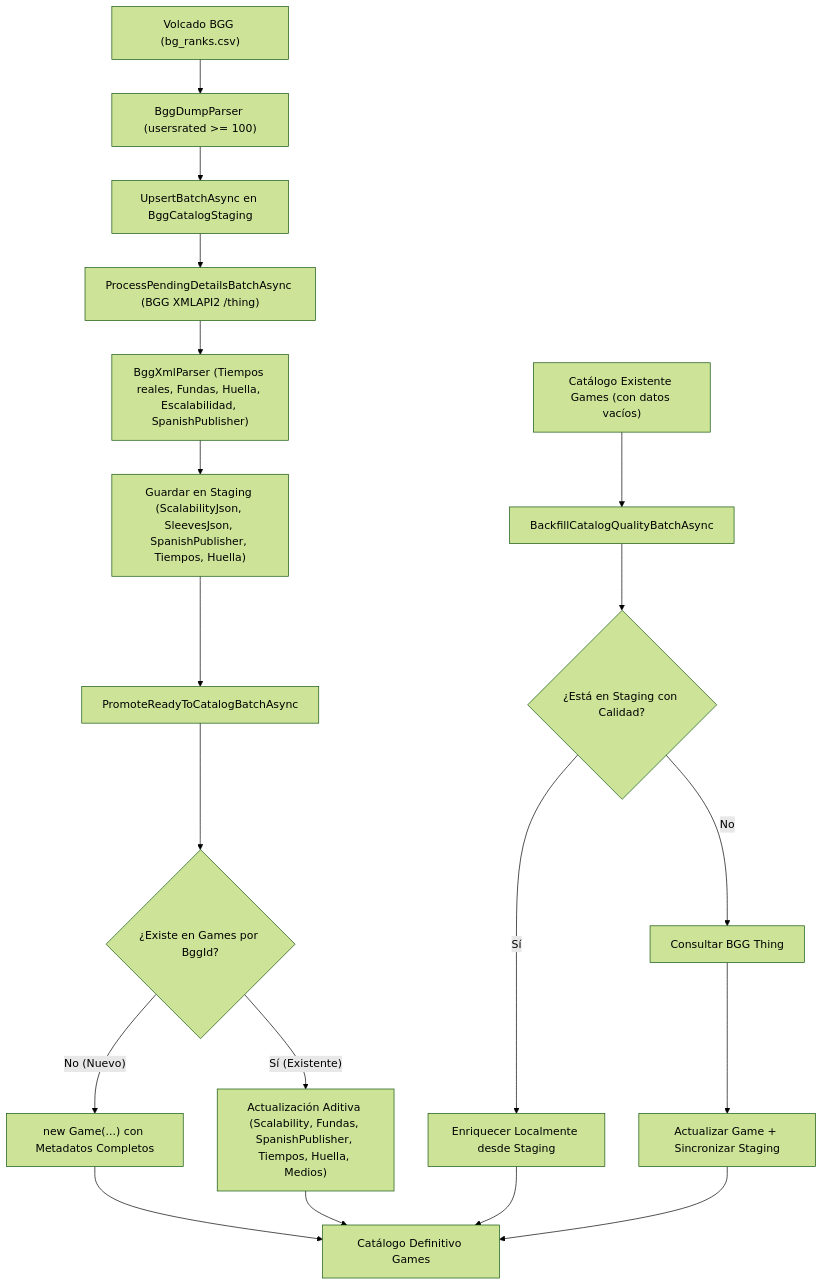
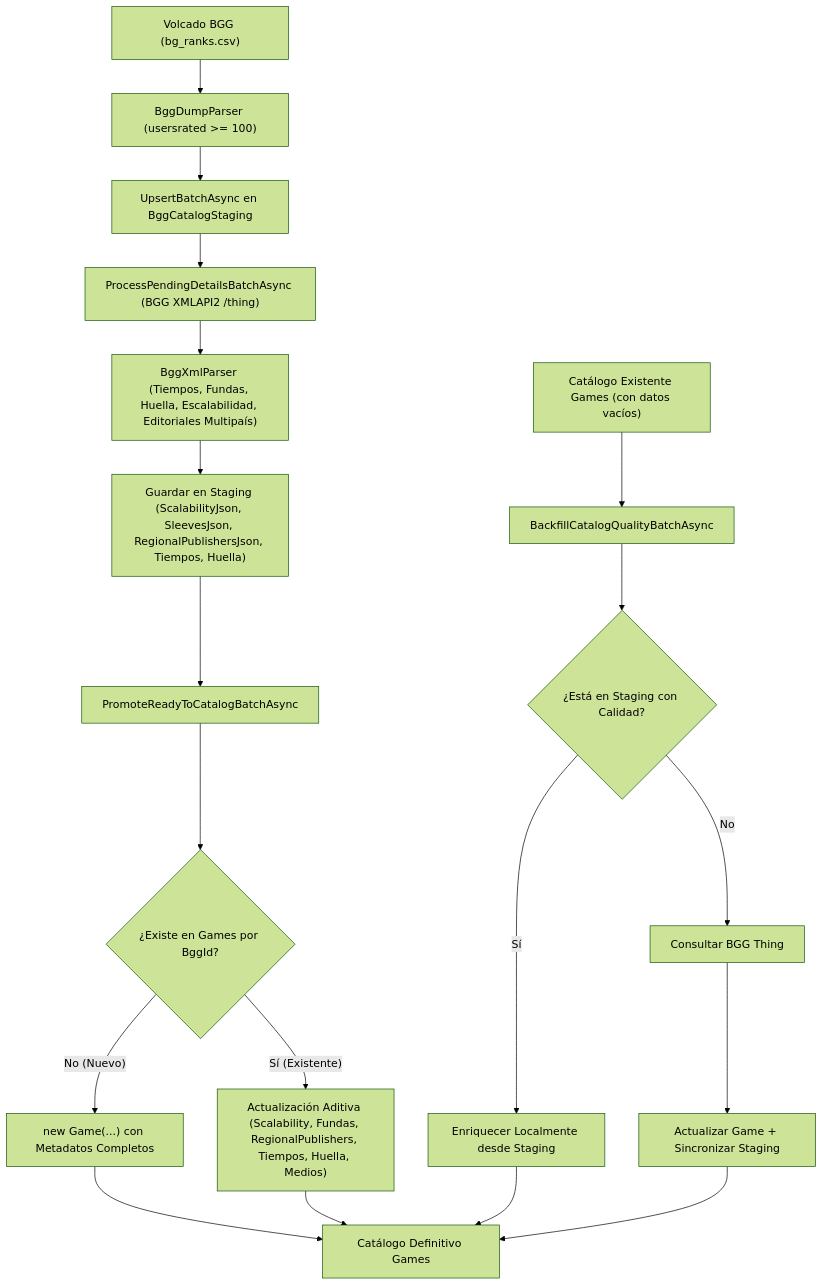
Before and after one commit to IGutierrezZ/ludeka: the diagram in openspec/changes/change-73-ingesta-enriquecimiento-catalogo/design.md, drawn with Mermaid (forest theme). The commit also changed other lines of this file and 4 other files, not shown here.

````diff
--- a/openspec/changes/change-73-ingesta-enriquecimiento-catalogo/design.md
+++ b/openspec/changes/change-73-ingesta-enriquecimiento-catalogo/design.md
@@ -73,24 +73,24 @@
 ```mermaid
 flowchart TD
     A["Volcado BGG (bg_ranks.csv)"] --> B["BggDumpParser (usersrated >= 100)"]
     B --> C["UpsertBatchAsync en BggCatalogStaging"]
     
     C --> D["ProcessPendingDetailsBatchAsync (BGG XMLAPI2 /thing)"]
-    D --> E["BggXmlParser (Tiempos reales, Fundas, Huella, Escalabilidad, SpanishPublisher)"]
-    E --> F["Guardar en Staging (ScalabilityJson, SleevesJson, SpanishPublisher, Tiempos, Huella)"]
+    D --> E["BggXmlParser (Tiempos, Fundas, Huella, Escalabilidad, Editoriales Multipaís)"]
+    E --> F["Guardar en Staging (ScalabilityJson, SleevesJson, RegionalPublishersJson, Tiempos, Huella)"]
     
     F --> G["PromoteReadyToCatalogBatchAsync"]
     G --> H{"¿Existe en Games por BggId?"}
     H -- "No (Nuevo)" --> I["new Game(...) con Metadatos Completos"]
-    H -- "Sí (Existente)" --> J["Actualización Aditiva (Scalability, Fundas, SpanishPublisher, Tiempos, Huella, Medios)"]
+    H -- "Sí (Existente)" --> J["Actualización Aditiva (Scalability, Fundas, RegionalPublishers, Tiempos, Huella, Medios)"]
     I --> K["Catálogo Definitivo Games"]
     J --> K
     
     L["Catálogo Existente Games (con datos vacíos)"] --> M["BackfillCatalogQualityBatchAsync"]
     M --> N{"¿Está en Staging con Calidad?"}
     N -- "Sí" --> O["Enriquecer Localmente desde Staging"]
     N -- "No" --> P["Consultar BGG Thing"]
     P --> Q["Actualizar Game + Sincronizar Staging"]
     O --> K
     Q --> K
 ```
````
